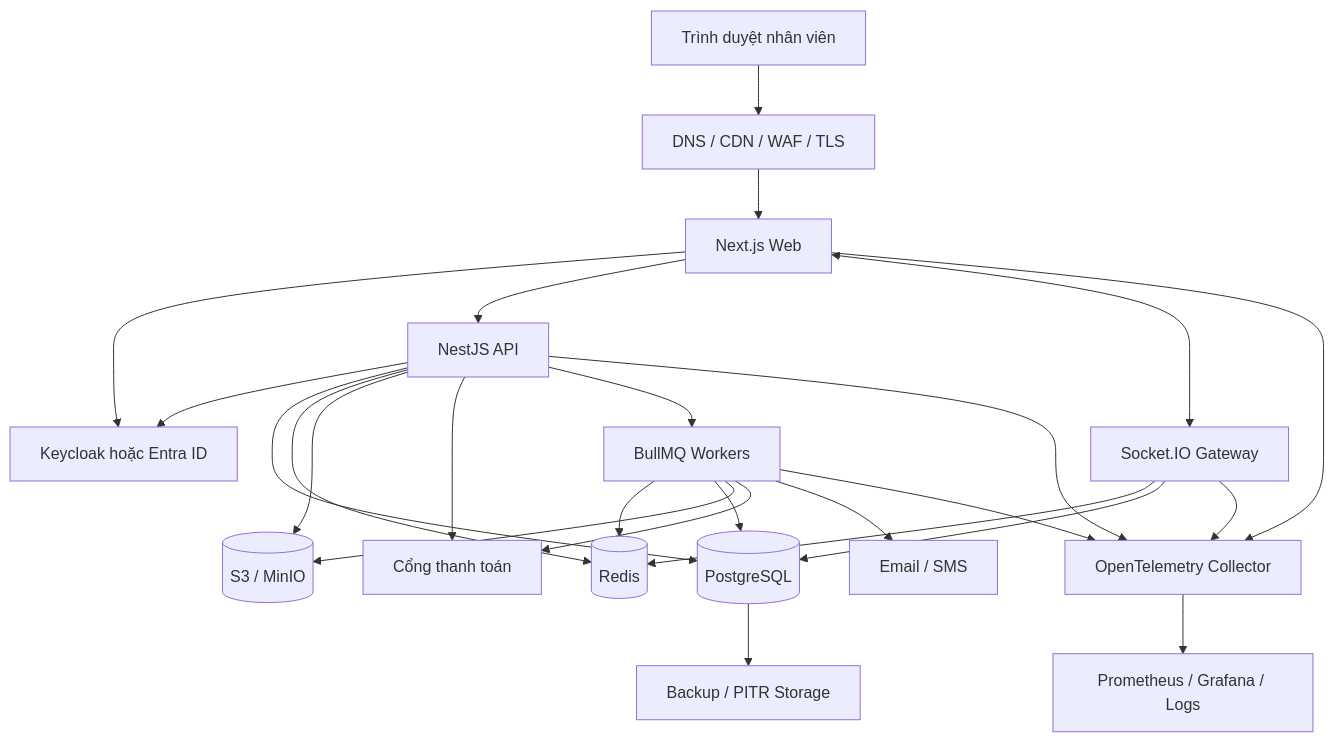
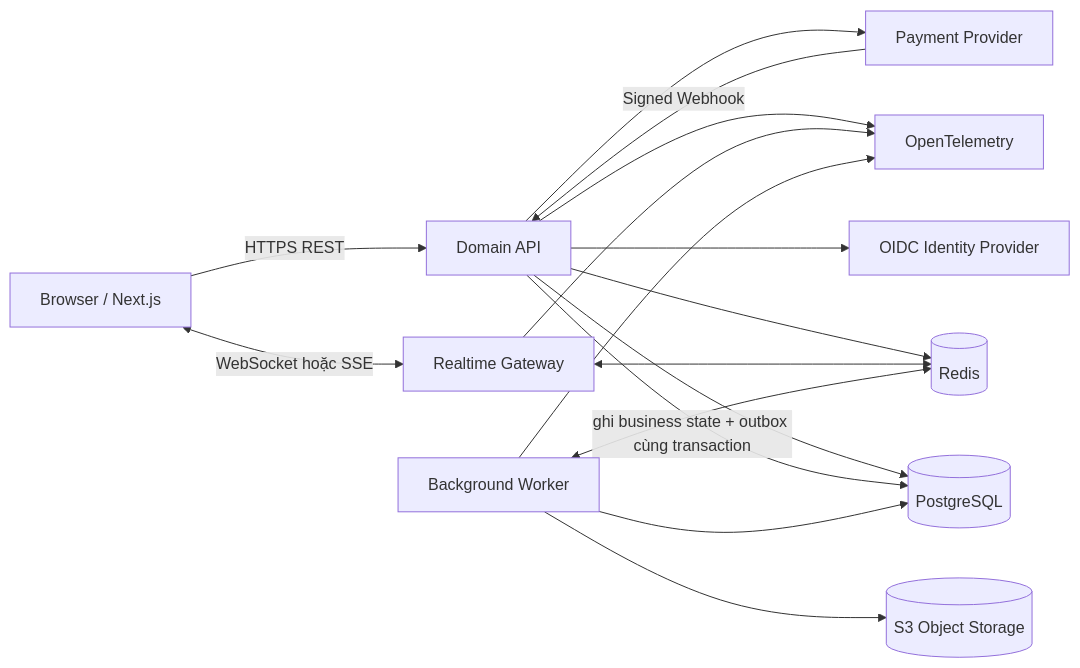
One commit to ptdbrain/BDS changed the first of 6 diagrams in deep-research-report (1).md. Above: the diagram before and after it, drawn with Mermaid. The commit also changed other lines of this file and 10 other files, not shown here.

````diff
--- a/deep-research-report (1).md
+++ b/deep-research-report (1).md
@@ -364,47 +127,22 @@
 ```mermaid
-flowchart TB
-    U[Trình duyệt nhân viên]
-    EDGE[DNS / CDN / WAF / TLS]
-    FE[Next.js Web]
-    IDP[Keycloak hoặc Entra ID]
-    API[NestJS API]
-    WS[Socket.IO Gateway]
-    WORKER[BullMQ Workers]
-    PG[(PostgreSQL)]
-    REDIS[(Redis)]
-    OBJ[(S3 / MinIO)]
-    PAY[Cổng thanh toán]
-    MAIL[Email / SMS]
-    OTEL[OpenTelemetry Collector]
-    OBS[Prometheus / Grafana / Logs]
-    BKP[Backup / PITR Storage]
+flowchart LR
+    B[Browser / Next.js] -->|HTTPS REST| API[Domain API]
+    B <-->|WebSocket hoặc SSE| RT[Realtime Gateway]
 
-    U --> EDGE
-    EDGE --> FE
-    FE --> IDP
-    FE --> API
-    FE <--> WS
+    API --> PG[(PostgreSQL)]
+    API -->|ghi business state + outbox cùng transaction| PG
 
-    API --> IDP
-    API --> PG
-    API --> REDIS
-    API --> OBJ
-    API --> PAY
-    API --> WORKER
+    API --> REDIS[(Redis)]
+    RT <--> REDIS
+    WORKER[Background Worker] <--> REDIS
+    WORKER --> PG
 
-    WORKER --> REDIS
-    WORKER --> PG
-    WORKER --> OBJ
-    WORKER --> PAY
-    WORKER --> MAIL
+    WORKER --> OBJ[(S3 Object Storage)]
+    API --> IDP[OIDC Identity Provider]
+    API --> PAY[Payment Provider]
+    PAY -->|Signed Webhook| API
 
-    WS --> REDIS
-    WS --> PG
-
-    API --> OTEL
-    FE --> OTEL
-    WS --> OTEL
-    WORKER --> OTEL
-    PG --> BKP
-    OTEL --> OBS
+    API --> OBS[OpenTelemetry]
+    RT --> OBS
+    WORKER --> OBS
 ```
````
